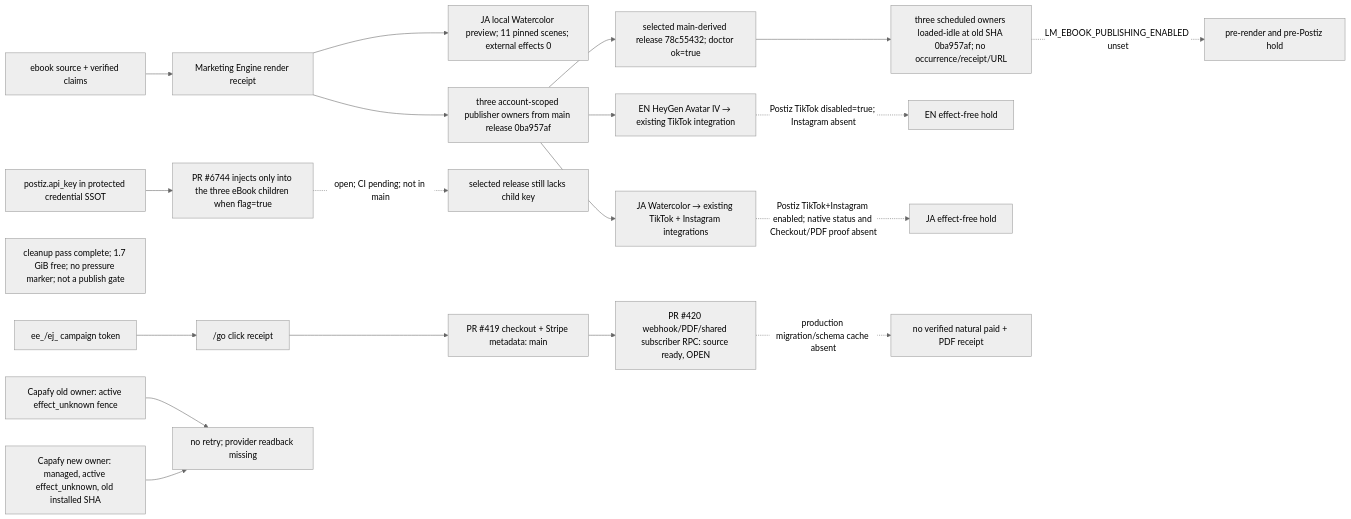
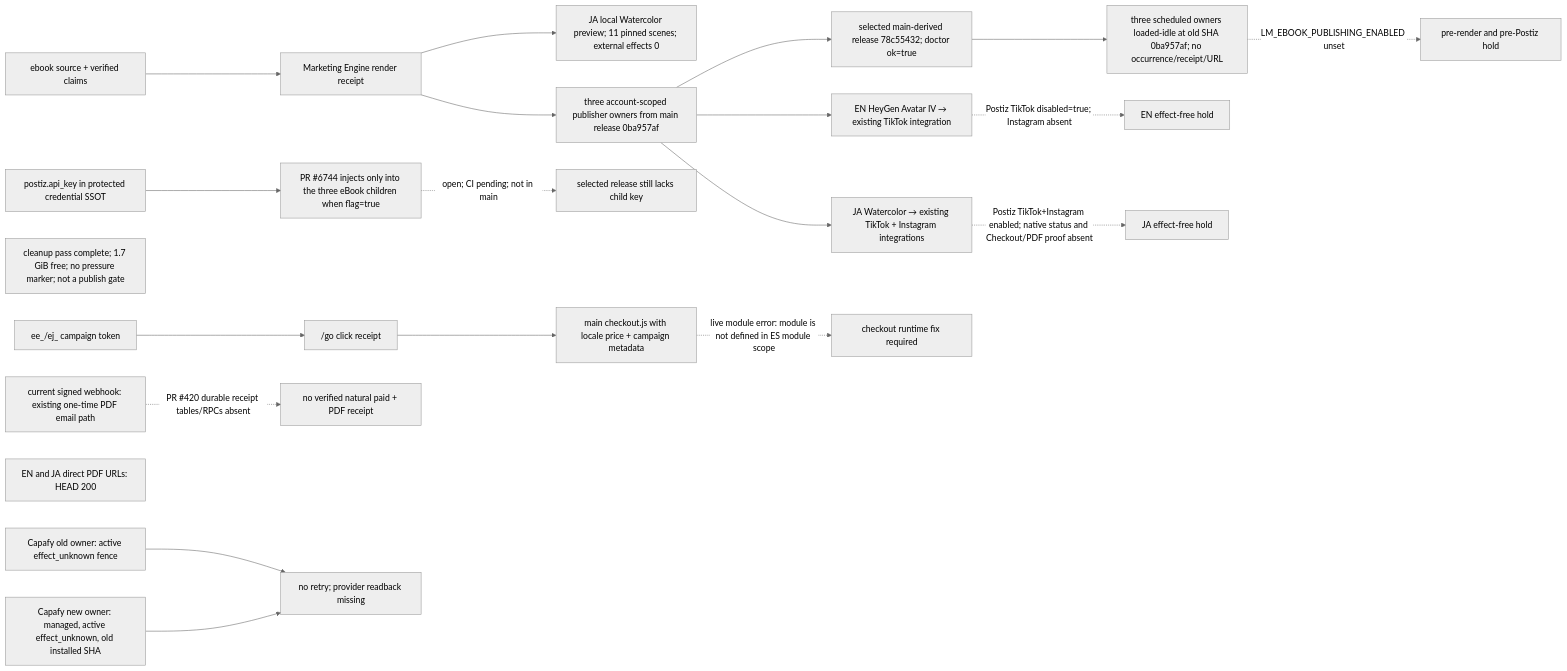
Before and after one commit to Daisuke134/life-manager: the first of 3 diagrams in docs/superpowers/specs/2026-10-05-ebook-revenue-loop-design.md, drawn with Mermaid (neutral theme). The commit also changed other lines of this file and 2 other files, not shown here.

Commit message:
docs(ebook): record checkout runtime blocker

```diff
--- a/docs/superpowers/specs/2026-10-05-ebook-revenue-loop-design.md
+++ b/docs/superpowers/specs/2026-10-05-ebook-revenue-loop-design.md
@@ -93,22 +100,23 @@
 ~~~mermaid
 flowchart LR
   CONTENT["ebook source + verified claims"] --> ENGINE["Marketing Engine render receipt"]
   ENGINE --> PREVIEW["JA local Watercolor preview; 11 pinned scenes; external effects 0"]
   ENGINE --> SOURCE["three account-scoped publisher owners from main release 0ba957af"]
   SOURCE --> RELEASE["selected main-derived release 78c55432; doctor ok=true"]
   RELEASE --> OWNER["three scheduled owners loaded-idle at old SHA 0ba957af; no occurrence/receipt/URL"]
   OWNER -. "LM_EBOOK_PUBLISHING_ENABLED unset" .-> NORUNTIME["pre-render and pre-Postiz hold"]
   KEY["postiz.api_key in protected credential SSOT"] --> WIRING["PR #6744 injects only into the three eBook children when flag=true"]
   WIRING -. "open; CI pending; not in main" .-> ENV["selected release still lacks child key"]
   DISK["cleanup pass complete; 1.7 GiB free; no pressure marker; not a publish gate"]
   SOURCE --> EN["EN HeyGen Avatar IV → existing TikTok integration"]
   SOURCE --> JA["JA Watercolor → existing TikTok + Instagram integrations"]
   EN -. "Postiz TikTok disabled=true; Instagram absent" .-> ENHOLD["EN effect-free hold"]
   JA -. "Postiz TikTok+Instagram enabled; native status and Checkout/PDF proof absent" .-> JAHOLD["JA effect-free hold"]
   TOKEN["ee_/ej_ campaign token"] --> GO["/go click receipt"]
-  GO --> CHECKOUT["PR #419 checkout + Stripe metadata: main"]
-  CHECKOUT --> WH["PR #420 webhook/PDF/shared subscriber RPC: source ready, OPEN"]
-  WH -. "production migration/schema cache absent" .-> NOORDER["no verified natural paid + PDF receipt"]
+  GO --> CHECKOUT["main checkout.js with locale price + campaign metadata"]
+  CHECKOUT -. "live module error: module is not defined in ES module scope" .-> CHECKOUTHOLD["checkout runtime fix required"]
+  WH["current signed webhook: existing one-time PDF email path"] -. "PR #420 durable receipt tables/RPCs absent" .-> NOORDER["no verified natural paid + PDF receipt"]
+  PDF["EN and JA direct PDF URLs: HEAD 200"]
   OLD["Capafy old owner: active effect_unknown fence"] --> HOLD["no retry; provider readback missing"]
   NEW["Capafy new owner: managed, active effect_unknown, old installed SHA"] --> HOLD
 ~~~
```
